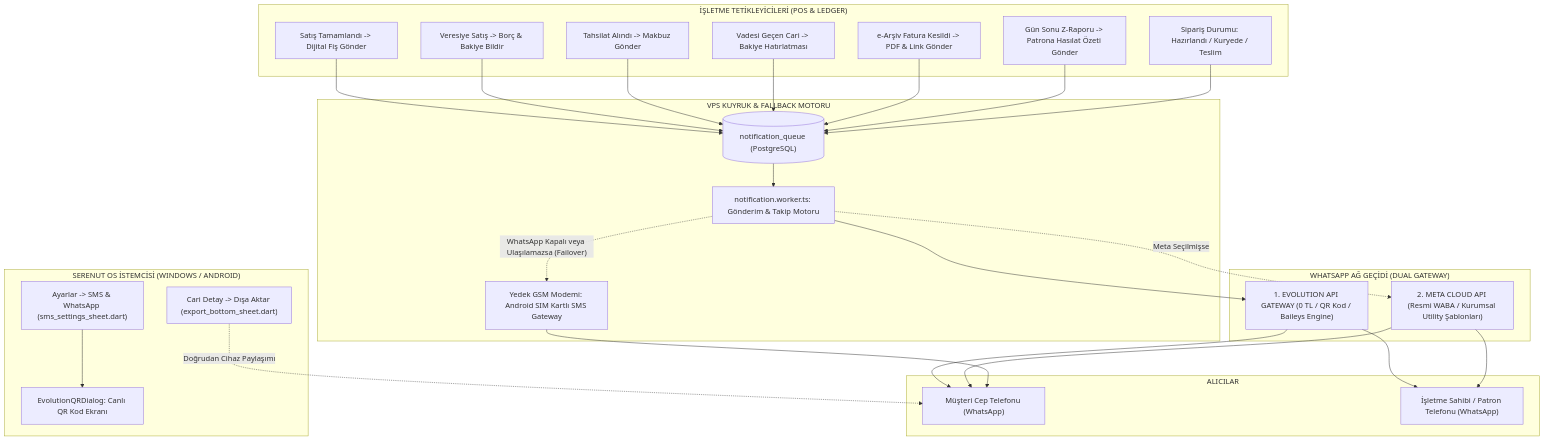
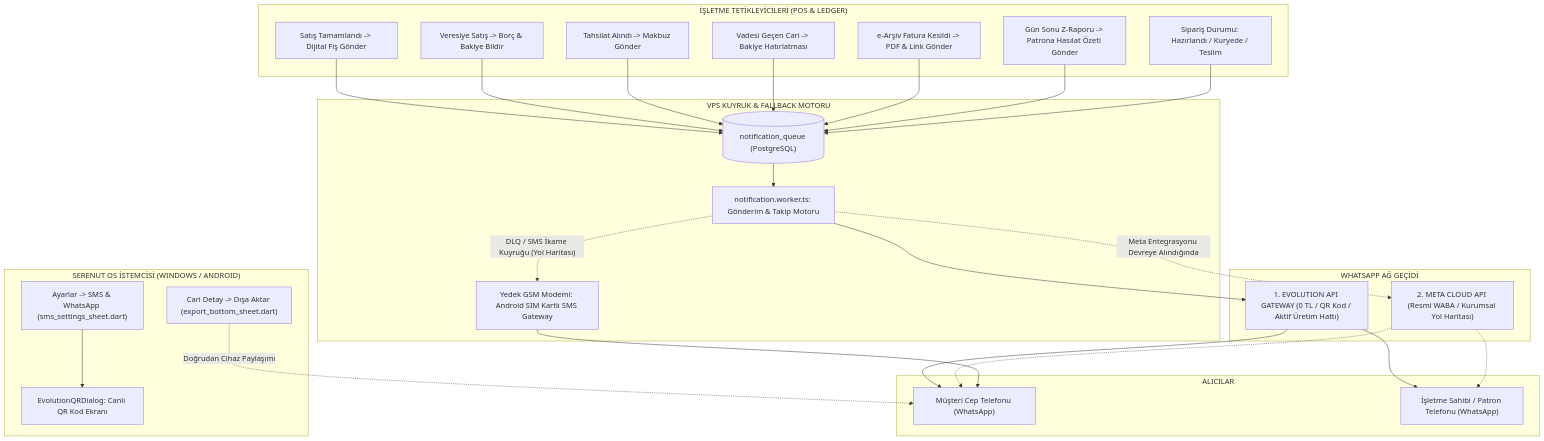
Diagram 12 of 16 in docs/SERENUT_OS_MASTER_OPERATING_MANUAL.md (mhmtgwn/serenut), drawn with Mermaid before and after one commit. The commit also changed other lines of this file and 321 other files, not shown here.

````diff
--- a/docs/SERENUT_OS_MASTER_OPERATING_MANUAL.md
+++ b/docs/SERENUT_OS_MASTER_OPERATING_MANUAL.md
@@ -838,55 +914,55 @@
 ```mermaid
 graph TD
     subgraph "İŞLETME TETİKLEYİCİLERİ (POS & LEDGER)"
         SaleEvent["Satış Tamamlandı -> Dijital Fiş Gönder"]
         DebtEvent["Veresiye Satış -> Borç & Bakiye Bildir"]
         CollEvent["Tahsilat Alındı -> Makbuz Gönder"]
         ReminderEvent["Vadesi Geçen Cari -> Bakiye Hatırlatması"]
         EArsivEvent["e-Arşiv Fatura Kesildi -> PDF & Link Gönder"]
         ZEvent["Gün Sonu Z-Raporu -> Patrona Hasılat Özeti Gönder"]
         OrderEvent["Sipariş Durumu: Hazırlandı / Kuryede / Teslim"]
     end
 
     subgraph "SERENUT OS İSTEMCİSİ (WINDOWS / ANDROID)"
         SettingsUI["Ayarlar -> SMS & WhatsApp (sms_settings_sheet.dart)"]
         QRModal["EvolutionQRDialog: Canlı QR Kod Ekranı"]
         ExportSheet["Cari Detay -> Dışa Aktar (export_bottom_sheet.dart)"]
     end
 
-    subgraph "WHATSAPP AĞ GEÇİDİ (DUAL GATEWAY)"
-        EvoAPI["1. EVOLUTION API GATEWAY (0 TL / QR Kod / Baileys Engine)"]
-        MetaAPI["2. META CLOUD API (Resmi WABA / Kurumsal Utility Şablonları)"]
+    subgraph "WHATSAPP AĞ GEÇİDİ"
+        EvoAPI["1. EVOLUTION API GATEWAY (0 TL / QR Kod / Aktif Üretim Hattı)"]
+        MetaAPI["2. META CLOUD API (Resmi WABA / Kurumsal Yol Haritası)"]
     end
 
     subgraph "VPS KUYRUK & FALLBACK MOTORU"
         NotifQueue[("notification_queue (PostgreSQL)")]
         NotifWorker["notification.worker.ts: Gönderim & Takip Motoru"]
         SMSFailover["Yedek GSM Modemi: Android SIM Kartlı SMS Gateway"]
     end
 
     subgraph "ALICILAR"
         CustomerPhone["Müşteri Cep Telefonu (WhatsApp)"]
         BossPhone["İşletme Sahibi / Patron Telefonu (WhatsApp)"]
     end
 
     SettingsUI --> QRModal
     SaleEvent --> NotifQueue
     DebtEvent --> NotifQueue
     CollEvent --> NotifQueue
     ReminderEvent --> NotifQueue
     EArsivEvent --> NotifQueue
     ZEvent --> NotifQueue
     OrderEvent --> NotifQueue
     ExportSheet -. "Doğrudan Cihaz Paylaşımı" .-> CustomerPhone
 
     NotifQueue --> NotifWorker
     NotifWorker --> EvoAPI
-    NotifWorker -. "Meta Seçilmişse" .-> MetaAPI
-    NotifWorker -. "WhatsApp Kapalı veya Ulaşılamazsa (Failover)" .-> SMSFailover
+    NotifWorker -. "Meta Entegrasyonu Devreye Alındığında" .-> MetaAPI
+    NotifWorker -. "DLQ / SMS İkame Kuyruğu (Yol Haritası)" .-> SMSFailover
 
     EvoAPI --> CustomerPhone
     EvoAPI --> BossPhone
-    MetaAPI --> CustomerPhone
-    MetaAPI --> BossPhone
+    MetaAPI -.-> CustomerPhone
+    MetaAPI -.-> BossPhone
     SMSFailover --> CustomerPhone
 ```
````
